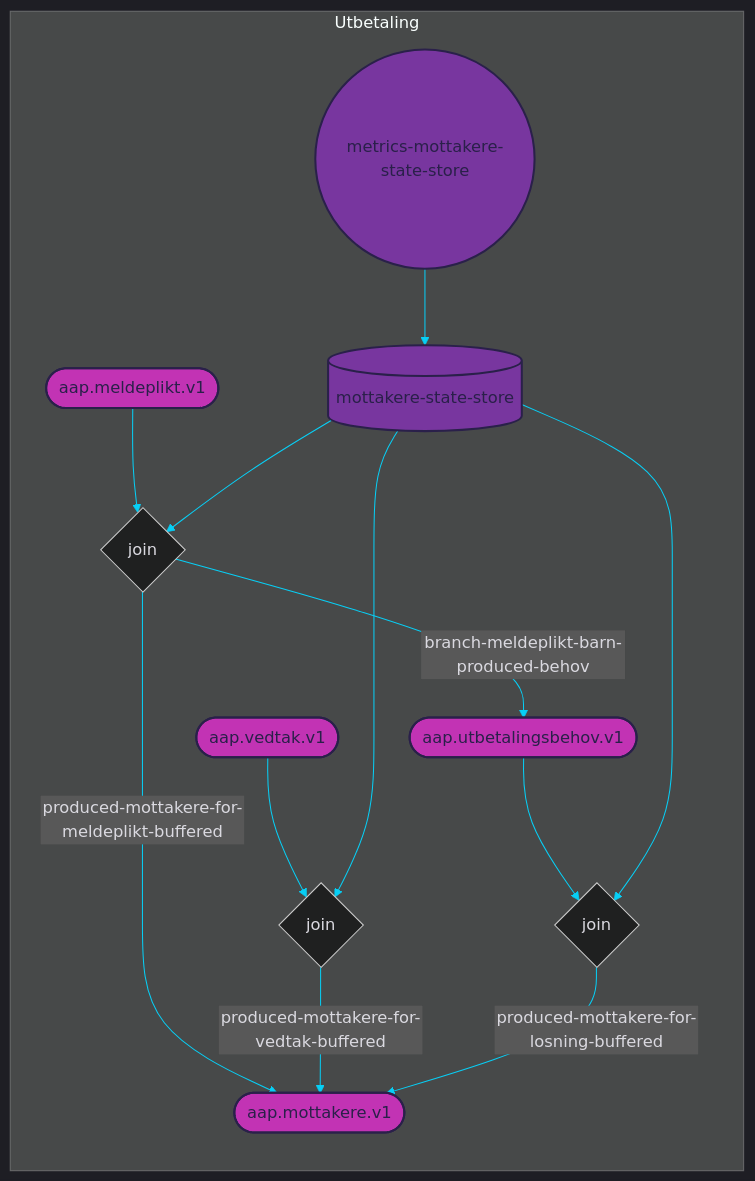
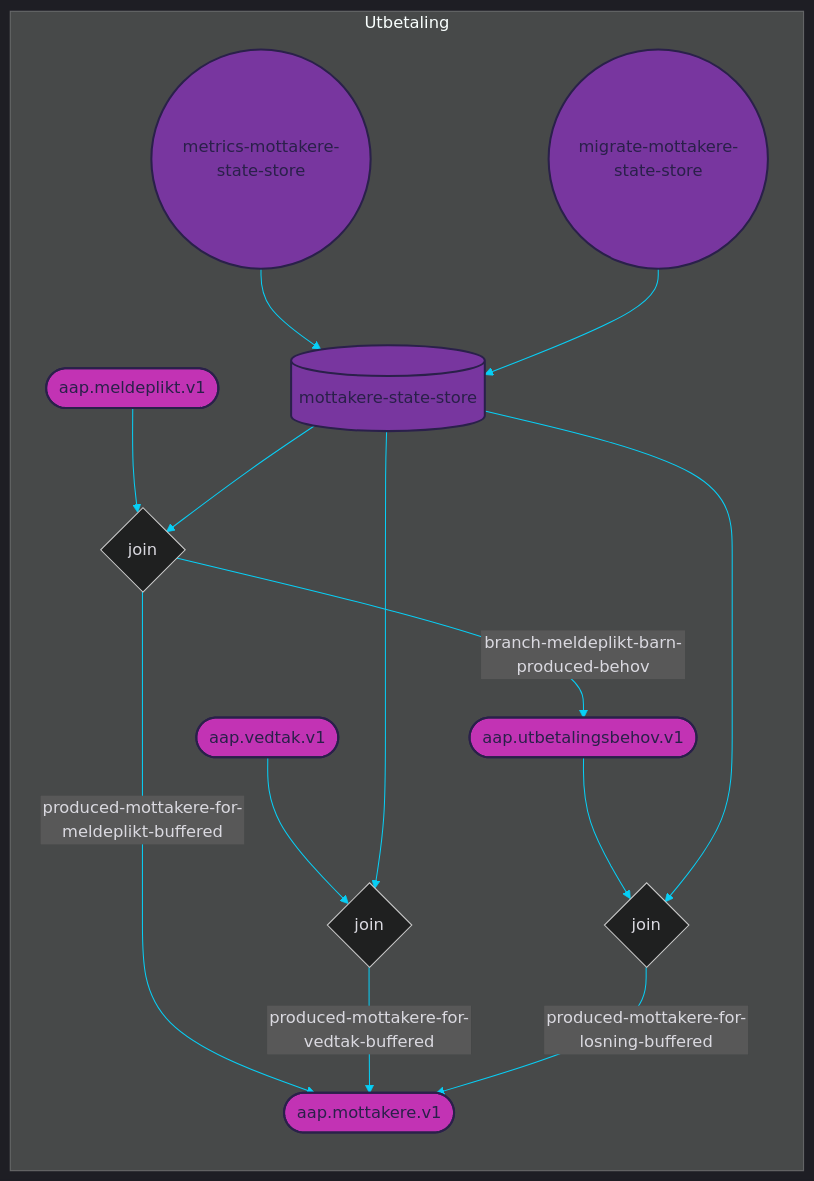
The diagram in doc/topology.mermaid (navikt/aap-utbetaling), drawn with Mermaid before and after one commit. The commit also changed 6 other files, not shown here.

```diff
--- a/doc/topology.mermaid
+++ b/doc/topology.mermaid
@@ -1,56 +1,59 @@
 
 %%{init: {'theme': 'dark', 'themeVariables': { 'primaryColor': '#07cff6', 'textColor': '#dad9e0', 'lineColor': '#07cff6'}}}%%
 
 graph LR
 
 subgraph Utbetaling
     %% TOPICS
     aap.meldeplikt.v1([aap.meldeplikt.v1])
 	aap.utbetalingsbehov.v1([aap.utbetalingsbehov.v1])
+	aap.mottakere.v1([aap.mottakere.v1])
 	aap.vedtak.v1([aap.vedtak.v1])
-	aap.mottakere.v1([aap.mottakere.v1])
     
     %% JOINS
     join-0{join}
 	join-1{join}
 	join-2{join}
     
     %% STATE STORES
     mottakere-state-store[(mottakere-state-store)]
     
     %% PROCESSOR API JOBS
     metrics-mottakere-state-store((metrics-mottakere-state-store))
+	migrate-mottakere-state-store((migrate-mottakere-state-store))
     
     %% JOIN STREAMS
     aap.meldeplikt.v1 --> join-0
 	mottakere-state-store --> join-0
 	join-0 --> |branch-meldeplikt-barn-produced-behov| aap.utbetalingsbehov.v1
 	join-0 --> |produced-mottakere-for-meldeplikt-buffered| aap.mottakere.v1
 	aap.vedtak.v1 --> join-1
 	mottakere-state-store --> join-1
 	join-1 --> |produced-mottakere-for-vedtak-buffered| aap.mottakere.v1
 	aap.utbetalingsbehov.v1 --> join-2
 	mottakere-state-store --> join-2
 	join-2 --> |produced-mottakere-for-losning-buffered| aap.mottakere.v1
     
     %% JOB STREAMS
     metrics-mottakere-state-store --> mottakere-state-store
+	migrate-mottakere-state-store --> mottakere-state-store
     
     %% REPARTITION STREAMS
     
 end
 
 %% COLORS
 %% light    #dad9e0
 %% purple   #78369f
 %% pink     #c233b4
 %% dark     #2a204a
 %% blue     #07cff6
 
 %% STYLES
 style aap.meldeplikt.v1 fill:#c233b4, stroke:#2a204a, stroke-width:2px, color:#2a204a
 style aap.utbetalingsbehov.v1 fill:#c233b4, stroke:#2a204a, stroke-width:2px, color:#2a204a
+style aap.mottakere.v1 fill:#c233b4, stroke:#2a204a, stroke-width:2px, color:#2a204a
 style aap.vedtak.v1 fill:#c233b4, stroke:#2a204a, stroke-width:2px, color:#2a204a
-style aap.mottakere.v1 fill:#c233b4, stroke:#2a204a, stroke-width:2px, color:#2a204a
 style mottakere-state-store fill:#78369f, stroke:#2a204a, stroke-width:2px, color:#2a204a
 style metrics-mottakere-state-store fill:#78369f, stroke:#2a204a, stroke-width:2px, color:#2a204a
+style migrate-mottakere-state-store fill:#78369f, stroke:#2a204a, stroke-width:2px, color:#2a204a
```
